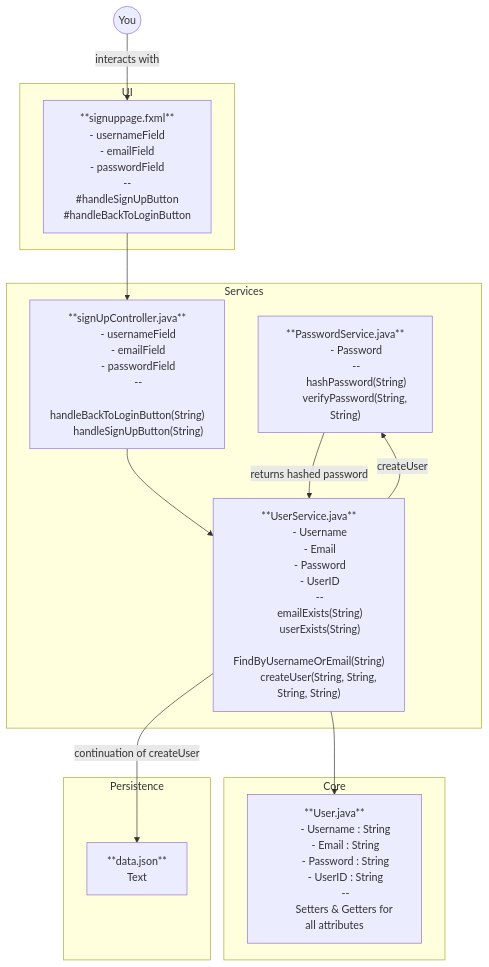
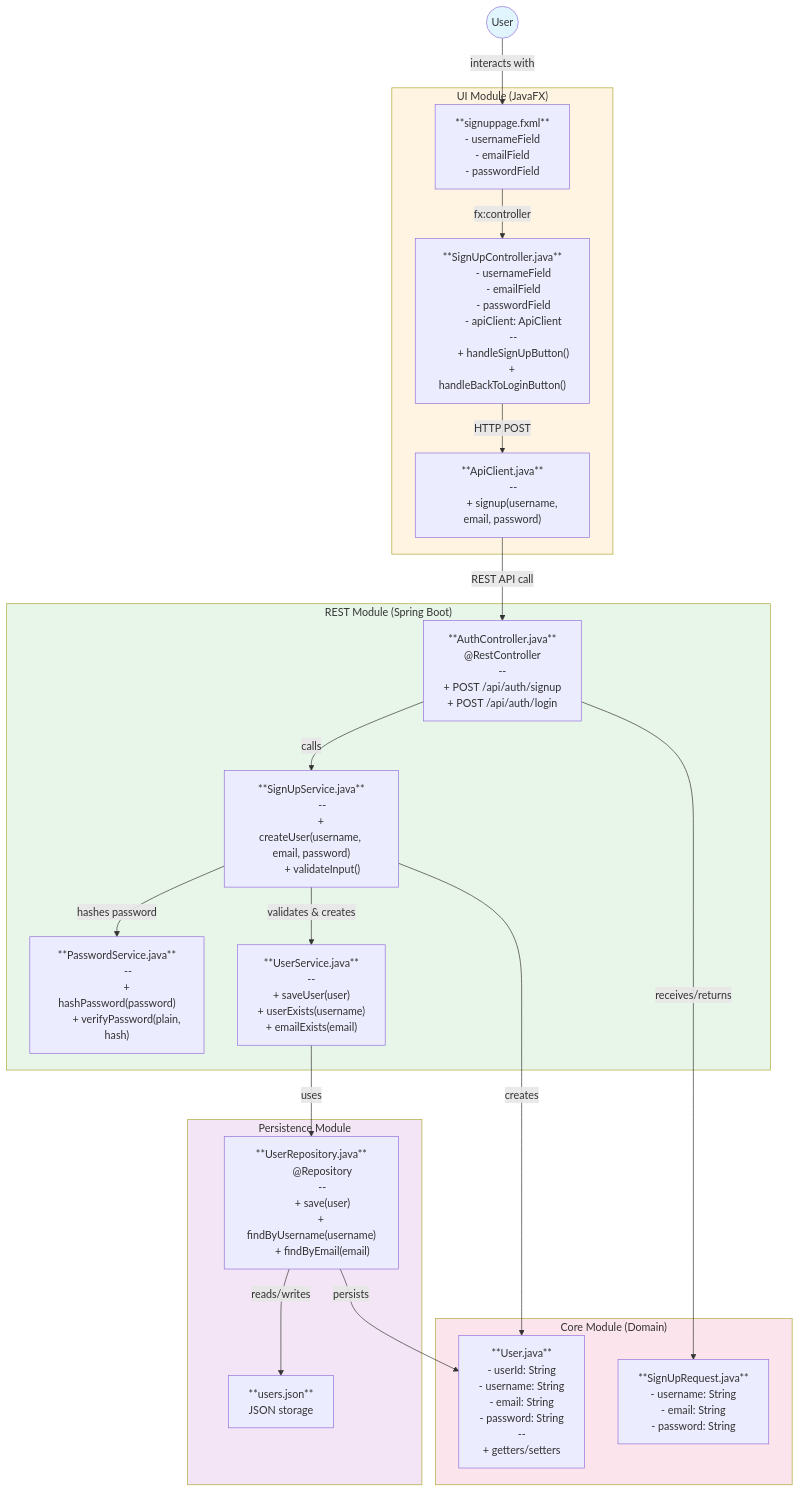
The diagram in README.md (ErFjeldheim/moosemate), drawn with Mermaid before and after one commit. The commit also changed other lines of this file and 2 other files, not shown here.

Commit message:
docs: updating readme and workpractices.md Co-authored-by: kebaards

````diff
--- a/README.md
+++ b/README.md
@@ -85,82 +92,124 @@
 ```mermaid
 flowchart TB
-    %% Core
-    subgraph Core
-        U["
-        **User.java**
-        - Username : String
-        - Email : String
-        - Password : String
-        - UserID : String
-        --
-        Setters & Getters for all attributes
-        "]
-    end
+    %% User
+    YOU(("User"))
 
-    %% Services
-    subgraph Services
-        PS["
-        **PasswordService.java**
-        - Password
-        --
-        hashPassword(String)
-        verifyPassword(String, String)
-        "]
-
-        US["
-        **UserService.java**
-        - Username
-        - Email
-        - Password
-        - UserID
-        --
-        emailExists(String)
-        userExists(String)
-        FindByUsernameOrEmail(String)
-        createUser(String, String, String, String)
-        "]
-
-        SC["
-        **signUpController.java**
-        - usernameField
-        - emailField
-        - passwordField
-        --
-        handleBackToLoginButton(String)
-        handleSignUpButton(String)
-        "]
-    end
-
-    %% UI
-    subgraph UI
+    %% UI Module
+    subgraph UI["UI Module (JavaFX)"]
         FXML["
         **signuppage.fxml**
         - usernameField
         - emailField
         - passwordField
+        "]
+        
+        SC["
+        **SignUpController.java**
+        - usernameField
+        - emailField
+        - passwordField
+        - apiClient: ApiClient
         --
-        #handleSignUpButton
-        #handleBackToLoginButton
+        + handleSignUpButton()
+        + handleBackToLoginButton()
+        "]
+        
+        API["
+        **ApiClient.java**
+        --
+        + signup(username, email, password)
         "]
     end
 
-    %% DATA
-    subgraph Persistence
-        DATA["
-        **data.json**
-        Text
+    %% REST Module
+    subgraph REST["REST Module (Spring Boot)"]
+        AC["
+        **AuthController.java**
+        @RestController
+        --
+        + POST /api/auth/signup
+        + POST /api/auth/login
+        "]
+        
+        SUS["
+        **SignUpService.java**
+        --
+        + createUser(username, email, password)
+        + validateInput()
+        "]
+        
+        PS["
+        **PasswordService.java**
+        --
+        + hashPassword(password)
+        + verifyPassword(plain, hash)
+        "]
+        
+        US["
+        **UserService.java**
+        --
+        + saveUser(user)
+        + userExists(username)
+        + emailExists(email)
         "]
     end
 
-    %% User
-    YOU(("You"))
+    %% Persistence Module
+    subgraph Persistence["Persistence Module"]
+        UR["
+        **UserRepository.java**
+        @Repository
+        --
+        + save(user)
+        + findByUsername(username)
+        + findByEmail(email)
+        "]
+        
+        DATA["
+        **users.json**
+        JSON storage
+        "]
+    end
+
+    %% Core Module
+    subgraph Core["Core Module (Domain)"]
+        U["
+        **User.java**
+        - userId: String
+        - username: String
+        - email: String
+        - password: String
+        --
+        + getters/setters
+        "]
+        
+        DTO["
+        **SignUpRequest.java**
+        - username: String
+        - email: String
+        - password: String
+        "]
+    end
 
     %% Connections
-    FXML --> SC
-    SC --> US
-    US --> U
-    US -->|createUser| PS
-    PS -->|returns hashed password| US
-    US -->|continuation of createUser| DATA
     YOU -->|interacts with| FXML
+    FXML -->|fx:controller| SC
+    SC -->|HTTP POST| API
+    API -->|REST API call| AC
+    AC -->|calls| SUS
+    SUS -->|validates & creates| US
+    SUS -->|hashes password| PS
+    US -->|uses| UR
+    UR -->|reads/writes| DATA
+    
+    %% Data models
+    SUS -->|creates| U
+    AC -->|receives/returns| DTO
+    UR -->|persists| U
+    
+    style YOU fill:#e1f5ff
+    style UI fill:#fff4e1
+    style REST fill:#e8f5e9
+    style Persistence fill:#f3e5f5
+    style Core fill:#fce4ec
 ```
````
